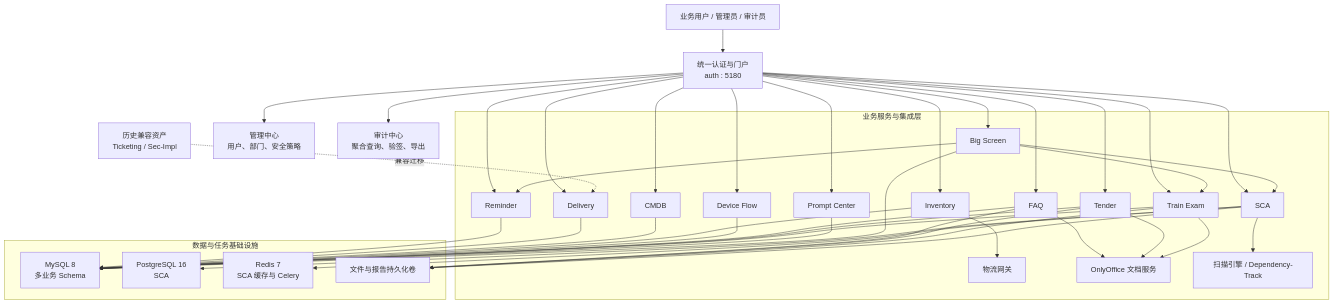
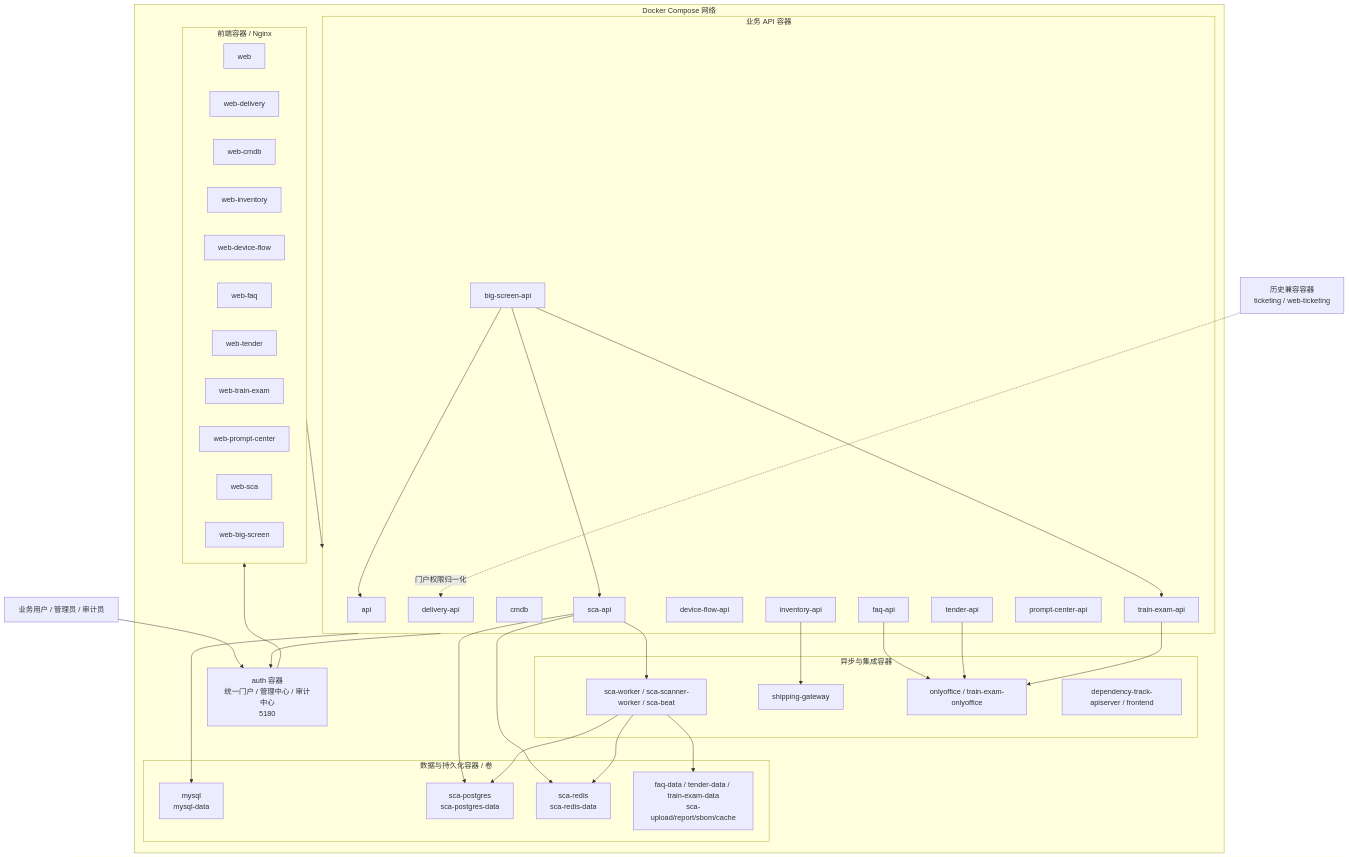
One commit to sukaka/AuthorizationReminder changed the first of 2 diagrams in docs/superpowers/specs/2026-06-13-all-systems-high-level-design.md. Above: the diagram before and after it, drawn with Mermaid. The commit also changed other lines of this file and 20 other files, not shown here.

Commit message:
[v5.70.17] docs(architecture): improve container overview diagram

````diff
--- a/docs/superpowers/specs/2026-06-13-all-systems-high-level-design.md
+++ b/docs/superpowers/specs/2026-06-13-all-systems-high-level-design.md
@@ -65,71 +65,70 @@
 ```mermaid
 flowchart TB
-  User["业务用户 / 管理员 / 审计员"] --> Portal["统一认证与门户<br/>auth : 5180"]
+  User["业务用户 / 管理员 / 审计员"] --> Auth["auth 容器<br/>统一门户 / 管理中心 / 审计中心<br/>5180"]
 
-  Portal --> Admin["管理中心<br/>用户、部门、安全策略"]
-  Portal --> Audit["审计中心<br/>聚合查询、验签、导出"]
+  subgraph Compose["Docker Compose 网络"]
+    Auth
 
-  Portal --> Reminder["Reminder"]
-  Portal --> Delivery["Delivery"]
-  Portal --> CMDB["CMDB"]
-  Portal --> Inventory["Inventory"]
-  Portal --> Device["Device Flow"]
-  Portal --> FAQ["FAQ"]
-  Portal --> Tender["Tender"]
-  Portal --> Train["Train Exam"]
-  Portal --> Prompt["Prompt Center"]
-  Portal --> SCA["SCA"]
-  Portal --> Screen["Big Screen"]
+    subgraph Web["前端容器 / Nginx"]
+      WebMain["web"]
+      WebDelivery["web-delivery"]
+      WebCmdb["web-cmdb"]
+      WebInventory["web-inventory"]
+      WebDevice["web-device-flow"]
+      WebFaq["web-faq"]
+      WebTender["web-tender"]
+      WebTrain["web-train-exam"]
+      WebPrompt["web-prompt-center"]
+      WebSca["web-sca"]
+      WebScreen["web-big-screen"]
+    end
 
-  subgraph Services["业务服务与集成层"]
-    Reminder
-    Delivery
-    CMDB
-    Inventory
-    Device
-    FAQ
-    Tender
-    Train
-    Prompt
-    SCA
-    Screen
-    Shipping["物流网关"]
-    Docs["OnlyOffice 文档服务"]
-    Scanner["扫描引擎 / Dependency-Track"]
+    subgraph Api["业务 API 容器"]
+      ReminderApi["api"]
+      DeliveryApi["delivery-api"]
+      CmdbApi["cmdb"]
+      InventoryApi["inventory-api"]
+      DeviceApi["device-flow-api"]
+      FaqApi["faq-api"]
+      TenderApi["tender-api"]
+      TrainApi["train-exam-api"]
+      PromptApi["prompt-center-api"]
+      ScaApi["sca-api"]
+      ScreenApi["big-screen-api"]
+    end
+
+    subgraph Async["异步与集成容器"]
+      ScaWorker["sca-worker / sca-scanner-worker / sca-beat"]
+      Shipping["shipping-gateway"]
+      Docs["onlyoffice / train-exam-onlyoffice"]
+      DT["dependency-track-apiserver / frontend"]
+    end
+
+    subgraph Data["数据与持久化容器 / 卷"]
+      MySQL["mysql<br/>mysql-data"]
+      PostgreSQL["sca-postgres<br/>sca-postgres-data"]
+      Redis["sca-redis<br/>sca-redis-data"]
+      Volumes["faq-data / tender-data / train-exam-data<br/>sca-upload/report/sbom/cache"]
+    end
   end
 
-  Inventory --> Shipping
-  FAQ --> Docs
-  Tender --> Docs
-  Train --> Docs
-  SCA --> Scanner
-  Screen --> Reminder
-  Screen --> Train
-  Screen --> SCA
+  Auth --> Web
+  Web --> Api
+  Api --> Auth
+  Api --> MySQL
+  ScaApi --> PostgreSQL
+  ScaApi --> Redis
+  ScaApi --> ScaWorker
+  ScaWorker --> PostgreSQL
+  ScaWorker --> Redis
+  ScaWorker --> Volumes
+  InventoryApi --> Shipping
+  FaqApi --> Docs
+  TenderApi --> Docs
+  TrainApi --> Docs
+  ScreenApi --> ReminderApi
+  ScreenApi --> TrainApi
+  ScreenApi --> ScaApi
 
-  subgraph Data["数据与任务基础设施"]
-    MySQL["MySQL 8<br/>多业务 Schema"]
-    PostgreSQL["PostgreSQL 16<br/>SCA"]
-    Redis["Redis 7<br/>SCA 缓存与 Celery"]
-    Volumes["文件与报告持久化卷"]
-  end
-
-  Reminder --> MySQL
-  Delivery --> MySQL
-  CMDB --> MySQL
-  Inventory --> MySQL
-  Device --> MySQL
-  FAQ --> MySQL
-  Tender --> MySQL
-  Train --> MySQL
-  Prompt --> MySQL
-  Screen --> MySQL
-  SCA --> PostgreSQL
-  SCA --> Redis
-  FAQ --> Volumes
-  Tender --> Volumes
-  Train --> Volumes
-  SCA --> Volumes
-
-  Legacy["历史兼容资产<br/>Ticketing / Sec-Impl"] -. "兼容迁移" .-> Delivery
+  Legacy["历史兼容容器<br/>ticketing / web-ticketing"] -. "门户权限归一化" .-> DeliveryApi
 ```
````
